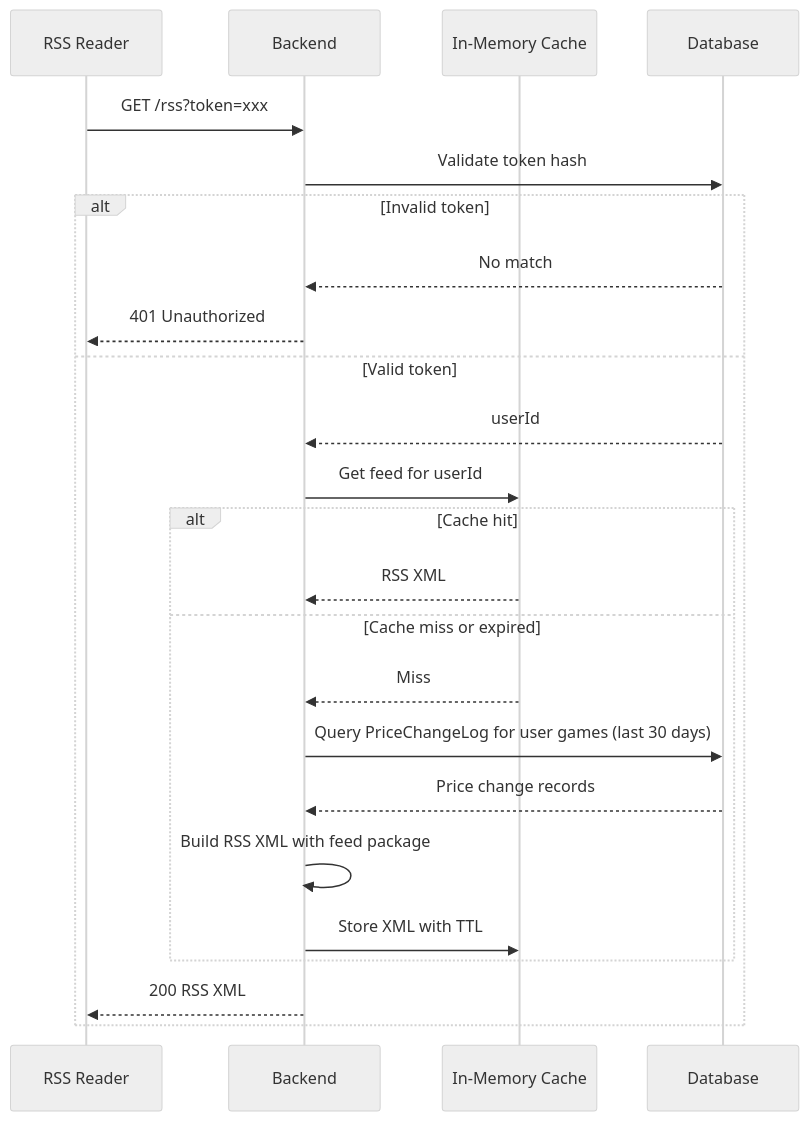
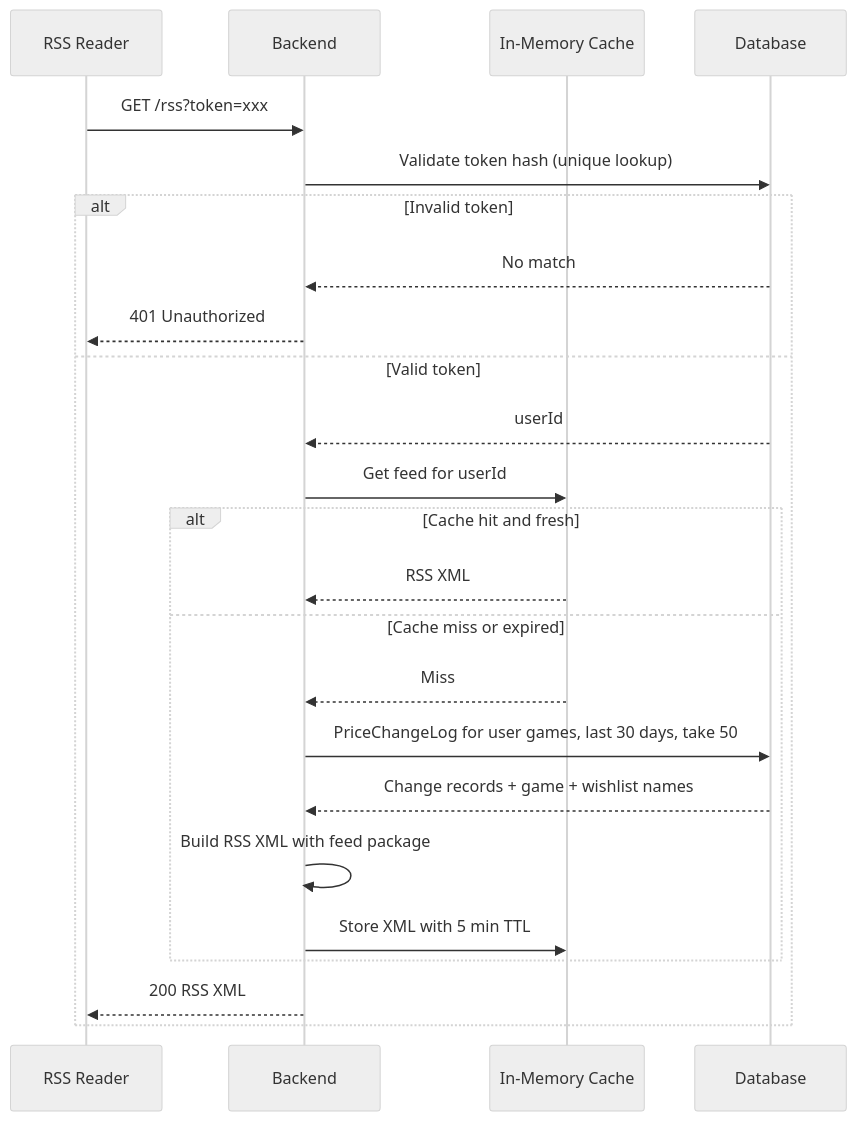
The diagram in plans/rss-feed-feature-plan.md (TimothyLai77/steam-wishlist), drawn with Mermaid (neutral theme) before and after one commit. The commit also changed other lines of this file, not shown here.

````diff
--- a/plans/rss-feed-feature-plan.md
+++ b/plans/rss-feed-feature-plan.md
@@ -81,27 +98,27 @@
 ```mermaid
 sequenceDiagram
     participant Reader as RSS Reader
     participant API as Backend
     participant Cache as In-Memory Cache
     participant DB as Database
 
     Reader->>API: GET /rss?token=xxx
-    API->>DB: Validate token hash
+    API->>DB: Validate token hash (unique lookup)
     alt Invalid token
         DB-->>API: No match
         API-->>Reader: 401 Unauthorized
     else Valid token
         DB-->>API: userId
         API->>Cache: Get feed for userId
-        alt Cache hit
+        alt Cache hit and fresh
             Cache-->>API: RSS XML
         else Cache miss or expired
             Cache-->>API: Miss
-            API->>DB: Query PriceChangeLog for user games (last 30 days)
-            DB-->>API: Price change records
+            API->>DB: PriceChangeLog for user games, last 30 days, take 50
+            DB-->>API: Change records + game + wishlist names
             API->>API: Build RSS XML with feed package
-            API->>Cache: Store XML with TTL
+            API->>Cache: Store XML with 5 min TTL
         end
         API-->>Reader: 200 RSS XML
     end
 ```
````
